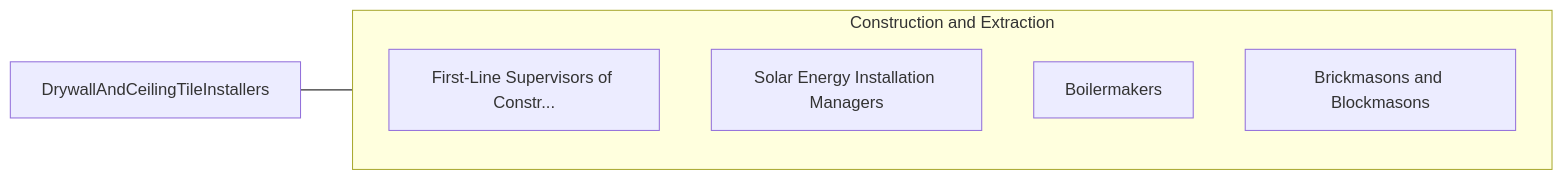
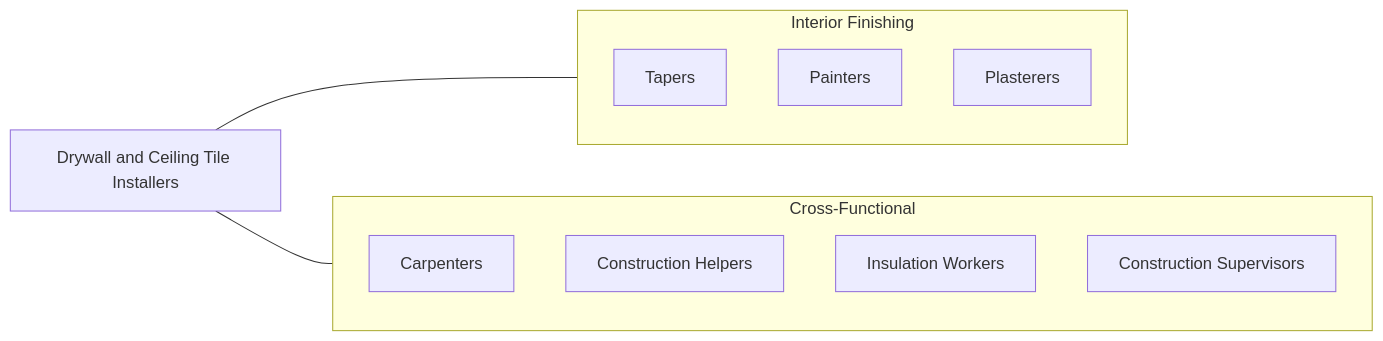
The fourth of 4 diagrams in occupations/Construction/DrywallAndCeilingTileInstallers.mdx (kziemski/business.org.ai), drawn with Mermaid before and after one commit. The commit also changed other lines of this file and 938 other files, not shown here.

````diff
--- a/occupations/Construction/DrywallAndCeilingTileInstallers.mdx
+++ b/occupations/Construction/DrywallAndCeilingTileInstallers.mdx
@@ -119,13 +229,20 @@
 ```mermaid
 graph LR
-    Current["DrywallAndCeilingTileInstallers"]
+    Current["Drywall and Ceiling Tile Installers"]
 
-    subgraph SameCategory["Construction and Extraction"]
-        FirstLineSupervisors["First-Line Supervisors of Constr..."]
-        SolarEnergyInstallat["Solar Energy Installation Managers"]
-        Boilermakers["Boilermakers"]
-        BrickmasonsAndBlockm["Brickmasons and Blockmasons"]
+    subgraph SameCategory["Interior Finishing"]
+        Taper["Tapers"]
+        Painter["Painters"]
+        Plasterer["Plasterers"]
+    end
+
+    subgraph CrossFunctional["Cross-Functional"]
+        Carpenter["Carpenters"]
+        Helper["Construction Helpers"]
+        Insulation["Insulation Workers"]
+        Super["Construction Supervisors"]
     end
 
     Current --- SameCategory
+    Current --- CrossFunctional
 ```
````
